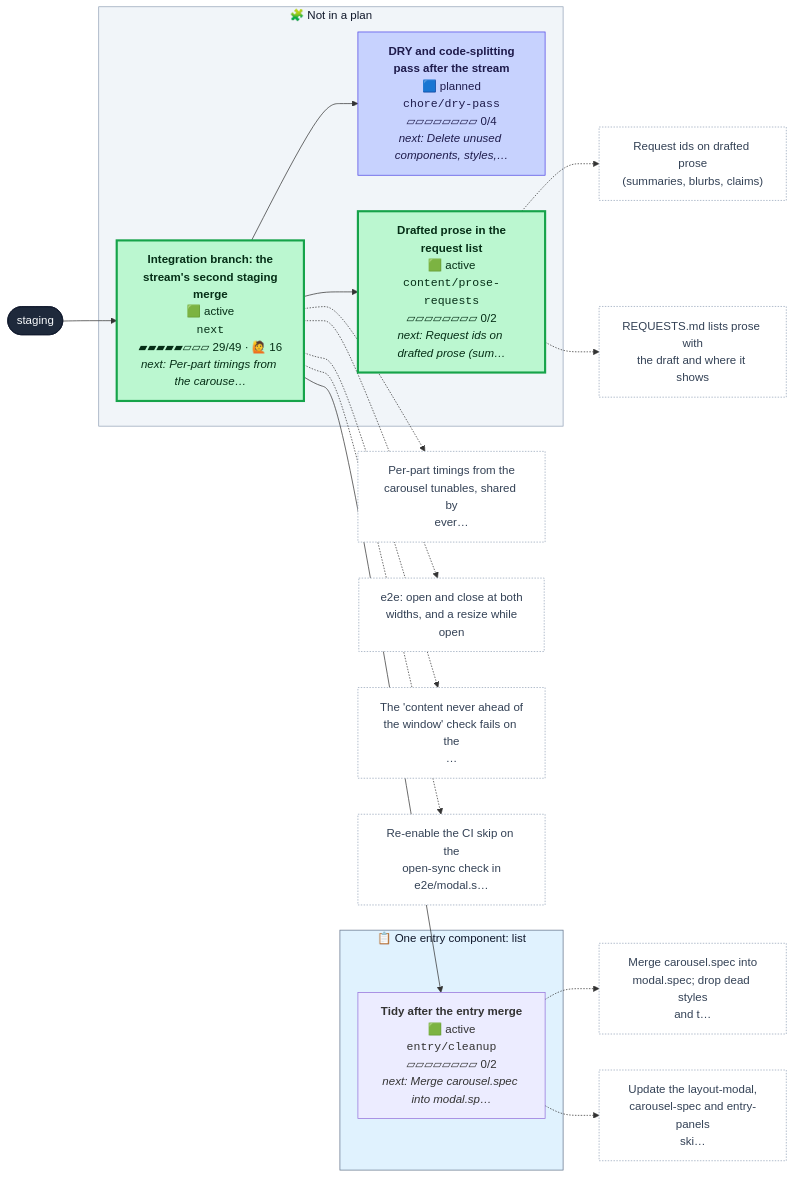
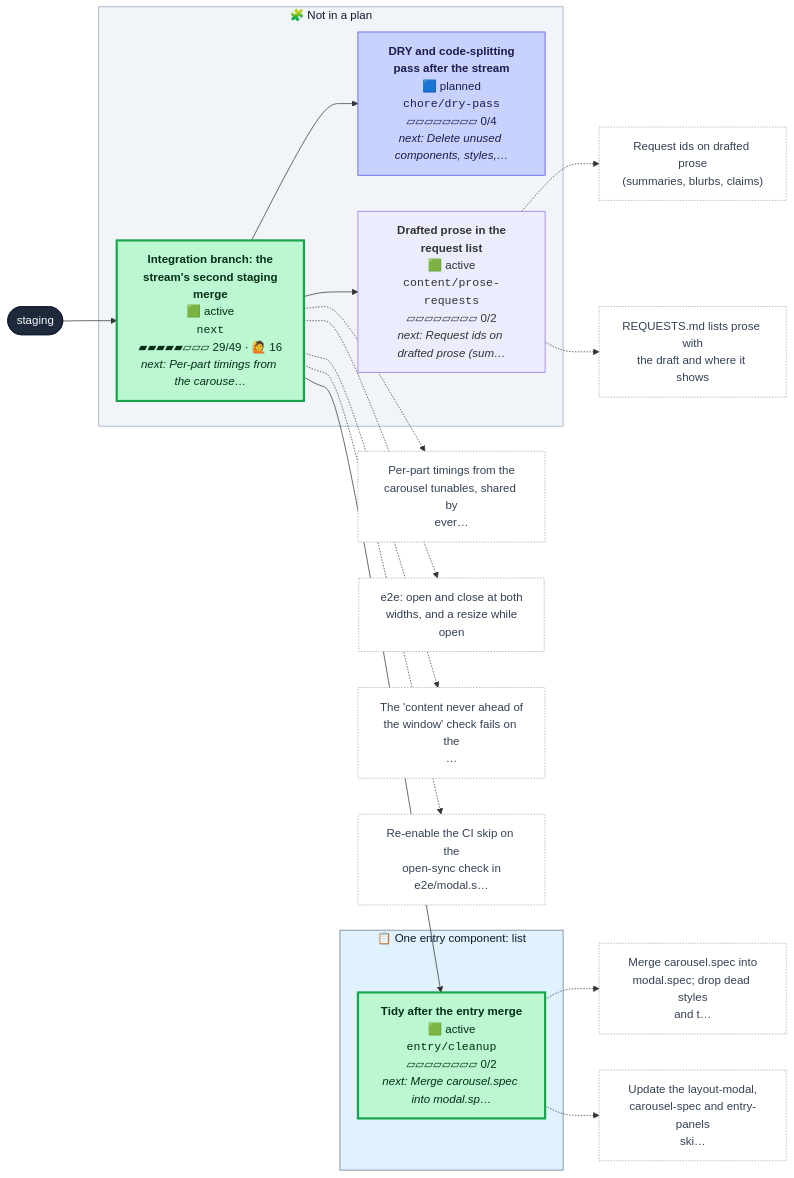
The first of 2 diagrams in CONTRIBUTING.md (henryjonescodes/portfolio), drawn with Mermaid before and after one commit. The commit also changed other lines of this file and 3 other files, not shown here.

````diff
--- a/CONTRIBUTING.md
+++ b/CONTRIBUTING.md
@@ -16,56 +16,56 @@
 ```mermaid
 flowchart LR
   n_staging([staging])
   class n_staging trunk
   subgraph plan_0["📋 One entry component: list"]
     n_entry_cleanup["<b>Tidy after the entry merge</b><br/>🟩 active<br/><code>entry/cleanup</code><br/>▱▱▱▱▱▱▱▱ 0/2<br/><i>next: Merge carousel.spec into modal.sp…</i>"]
-    class n_entry_cleanup active,current
+    class n_entry_cleanup active
   end
   style plan_0 fill:#e0f2fe,stroke:#64748b,color:#0f172a
   subgraph loose["🧩 Not in a plan"]
     n_chore_dry_pass["<b>DRY and code-splitting<br/>pass after the stream</b><br/>🟦 planned<br/><code>chore/dry-pass</code><br/>▱▱▱▱▱▱▱▱ 0/4<br/><i>next: Delete unused components, styles,…</i>"]
     class n_chore_dry_pass planned
     n_content_prose_requests["<b>Drafted prose in the<br/>request list</b><br/>🟩 active<br/><code>content/prose-requests</code><br/>▱▱▱▱▱▱▱▱ 0/2<br/><i>next: Request ids on drafted prose (sum…</i>"]
-    class n_content_prose_requests active
+    class n_content_prose_requests active,current
     n_next["<b>Integration branch: the<br/>stream's second staging<br/>merge</b><br/>🟩 active<br/><code>next</code><br/>▰▰▰▰▰▱▱▱ 29/49 · 🙋 16<br/><i>next: Per-part timings from the carouse…</i>"]
     class n_next active
   end
   style loose fill:#f1f5f9,stroke:#94a3b8,color:#0f172a
   n_next --> n_chore_dry_pass
   n_next --> n_content_prose_requests
   n_next --> n_entry_cleanup
   n_staging --> n_next
   n_content_prose_requests_t0["Request ids on drafted prose<br/>(summaries, blurbs, claims)"]
   class n_content_prose_requests_t0 todo
   n_content_prose_requests -.-> n_content_prose_requests_t0
   n_content_prose_requests_t1["REQUESTS.md lists prose with<br/>the draft and where it shows"]
   class n_content_prose_requests_t1 todo
   n_content_prose_requests -.-> n_content_prose_requests_t1
   n_entry_cleanup_t0["Merge carousel.spec into<br/>modal.spec; drop dead styles<br/>and t…"]
   class n_entry_cleanup_t0 todo
   n_entry_cleanup -.-> n_entry_cleanup_t0
   n_entry_cleanup_t1["Update the layout-modal,<br/>carousel-spec and entry-panels<br/>ski…"]
   class n_entry_cleanup_t1 todo
   n_entry_cleanup -.-> n_entry_cleanup_t1
   n_next_t0["Per-part timings from the<br/>carousel tunables, shared by<br/>ever…"]
   class n_next_t0 todo
   n_next -.-> n_next_t0
   n_next_t1["e2e: open and close at both<br/>widths, and a resize while<br/>open"]
   class n_next_t1 todo
   n_next -.-> n_next_t1
   n_next_t2["The 'content never ahead of<br/>the window' check fails on the<br/>…"]
   class n_next_t2 todo
   n_next -.-> n_next_t2
   n_next_t3["Re-enable the CI skip on the<br/>open-sync check in<br/>e2e/modal.s…"]
   class n_next_t3 todo
   n_next -.-> n_next_t3
   classDef merged fill:#dcfce7,stroke:#16a34a,color:#052e16
   classDef todo fill:#ffffff,stroke:#94a3b8,stroke-dasharray:2 2,color:#334155
   classDef planned fill:#c7d2fe,stroke:#4f46e5,color:#1e1b4b
   classDef sketched fill:#f8fafc,stroke:#64748b,stroke-dasharray:4 3,color:#334155
   classDef active fill:#bbf7d0,stroke:#16a34a,stroke-width:3px,color:#052e16
   classDef review fill:#fde68a,stroke:#d97706,stroke-width:3px,color:#451a03
   classDef blocked fill:#fecaca,stroke:#dc2626,stroke-width:3px,color:#450a0a
   classDef trunk fill:#1e293b,stroke:#0f172a,color:#f8fafc
   classDef current stroke:#0ea5e9,stroke-width:5px
 ```
````
